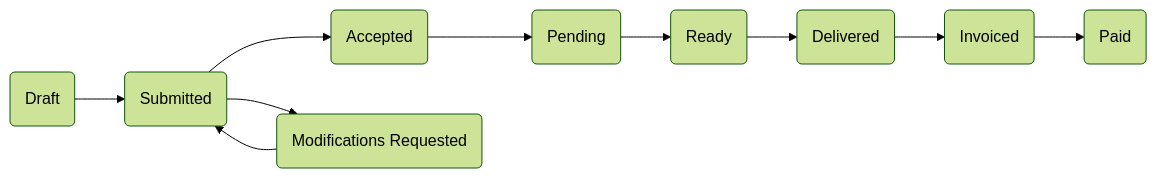
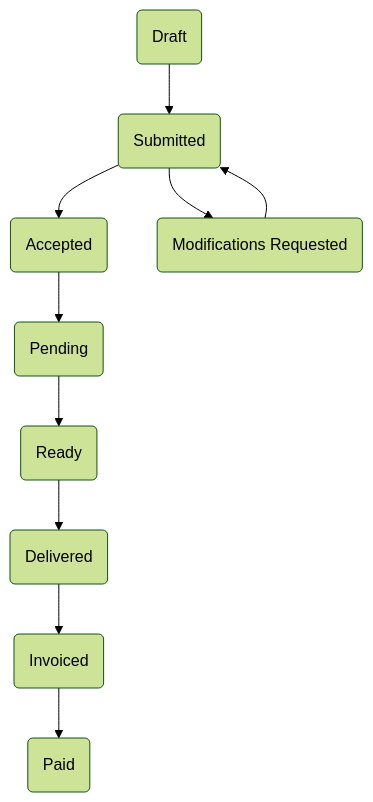
The diagram in docs/order.md (ohiobarn/flowernext), drawn with Mermaid (forest theme) before and after one commit. The commit also changed 4 other files, not shown here.

````diff
--- a/docs/order.md
+++ b/docs/order.md
@@ -31,15 +31,15 @@
 ``` mermaid
-flowchart LR;
+flowchart TD;
 
 
 draft(Draft) --> 
 submit("Submitted") --> 
 accepted(Accepted) --> 
 pending(Pending) --> 
 ready(Ready) -->
 delivered(Delivered) -->
 invoiced(Invoiced) -->
 paid(Paid)
 
 submit --> modsreq(Modifications Requested) --> submit
 ```
````
